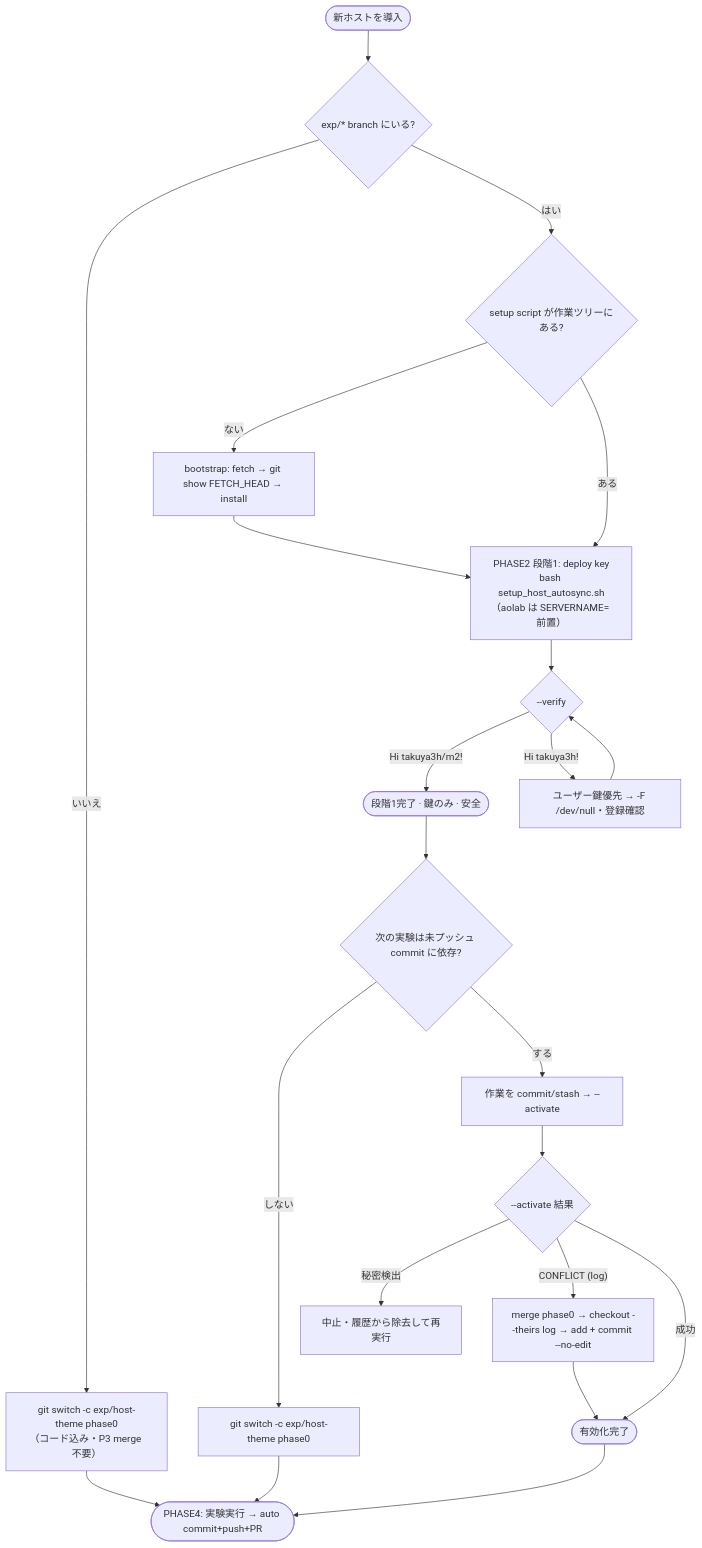
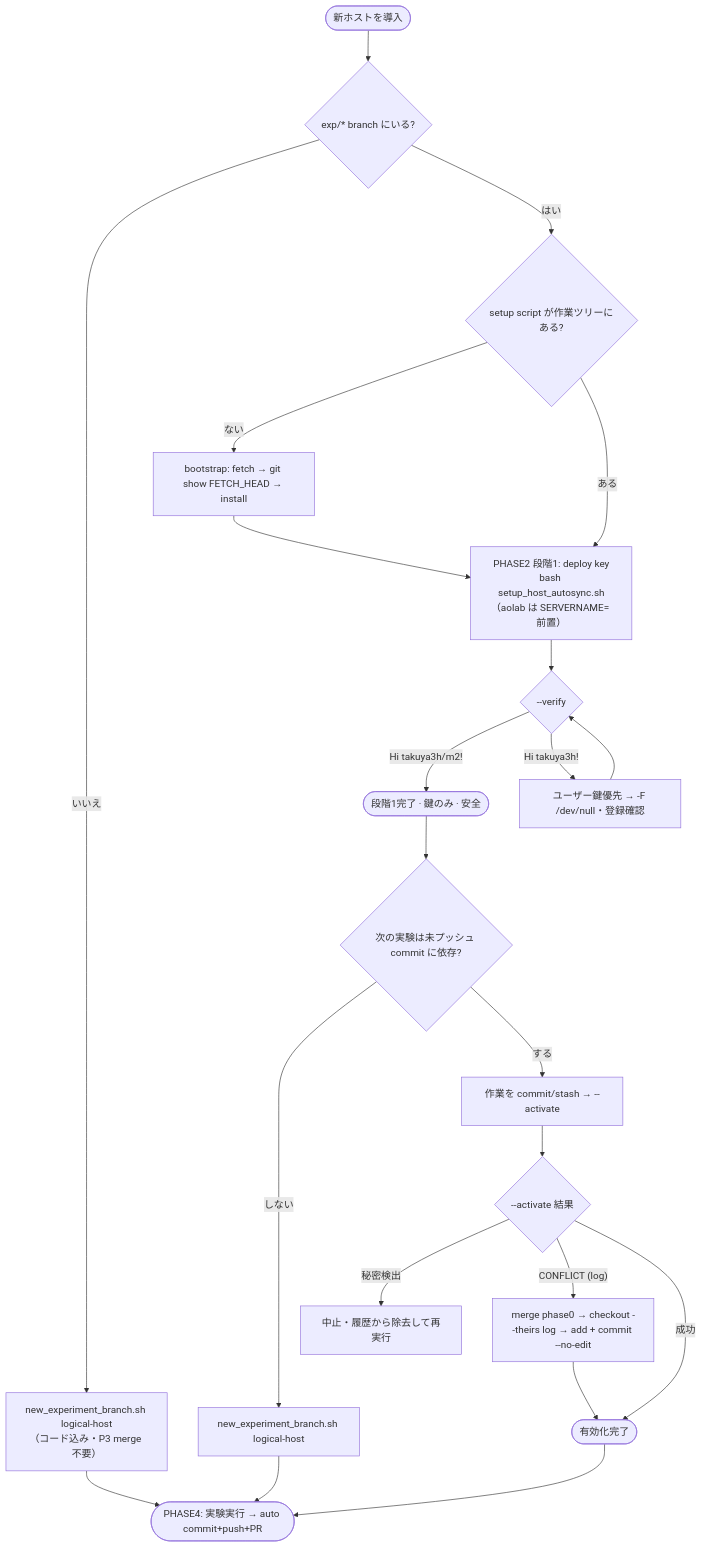
Before and after one commit to takuya3h/m2: the diagram in docs/host_autosync_onboarding.md, drawn with Mermaid. The commit also changed other lines of this file and 3 other files, not shown here.

````diff
--- a/docs/host_autosync_onboarding.md
+++ b/docs/host_autosync_onboarding.md
@@ -20,24 +20,24 @@
 ```mermaid
 flowchart TD
     S([新ホストを導入]) --> P0{"exp/* branch にいる?"}
-    P0 -- いいえ --> SW["git switch -c exp/host-theme phase0<br/>（コード込み・P3 merge 不要）"]
+    P0 -- いいえ --> SW["new_experiment_branch.sh logical-host<br/>（コード込み・P3 merge 不要）"]
     P0 -- はい --> P1{"setup script が作業ツリーにある?"}
     SW --> P4
     P1 -- ない --> BOOT["bootstrap: fetch → git show FETCH_HEAD → install"]
     P1 -- ある --> P2
     BOOT --> P2["PHASE2 段階1: deploy key<br/>bash setup_host_autosync.sh<br/>（aolab は SERVERNAME= 前置）"]
     P2 --> VER{"--verify"}
     VER -- "Hi takuya3h/m2!" --> OK1([段階1完了 · 鍵のみ · 安全])
     VER -- "Hi takuya3h!" --> FIXK["ユーザー鍵優先 → -F /dev/null・登録確認"]
     FIXK --> VER
     OK1 --> DEP{"次の実験は未プッシュ commit に依存?"}
-    DEP -- しない --> NB["git switch -c exp/host-theme phase0"]
+    DEP -- しない --> NB["new_experiment_branch.sh logical-host"]
     DEP -- する --> ACT["作業を commit/stash → --activate"]
     NB --> P4
     ACT --> AR{"--activate 結果"}
     AR -- 秘密検出 --> STOP["中止・履歴から除去して再実行"]
     AR -- "CONFLICT (log)" --> RES["merge phase0 → checkout --theirs log → add + commit --no-edit"]
     AR -- 成功 --> OK2([有効化完了])
     RES --> OK2
     OK2 --> P4([PHASE4: 実験実行 → auto commit+push+PR])
 ```
````
